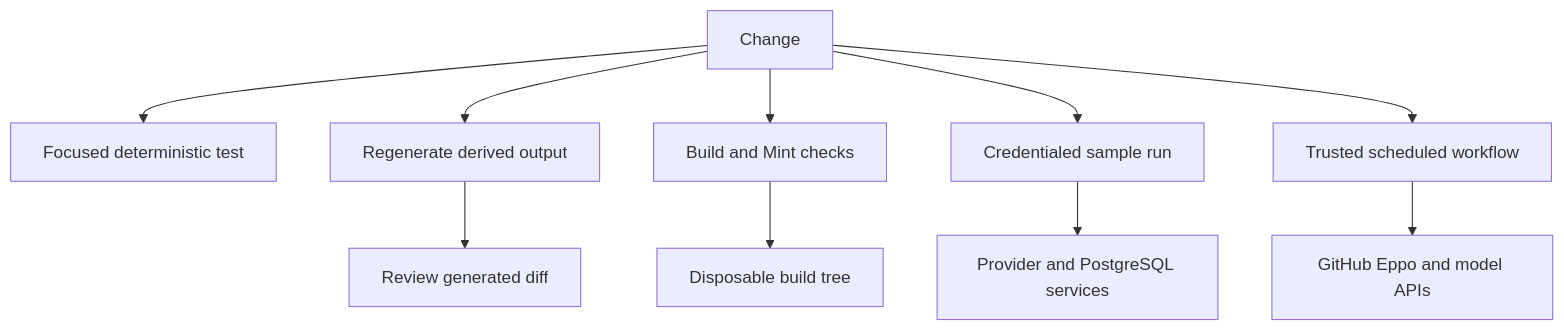
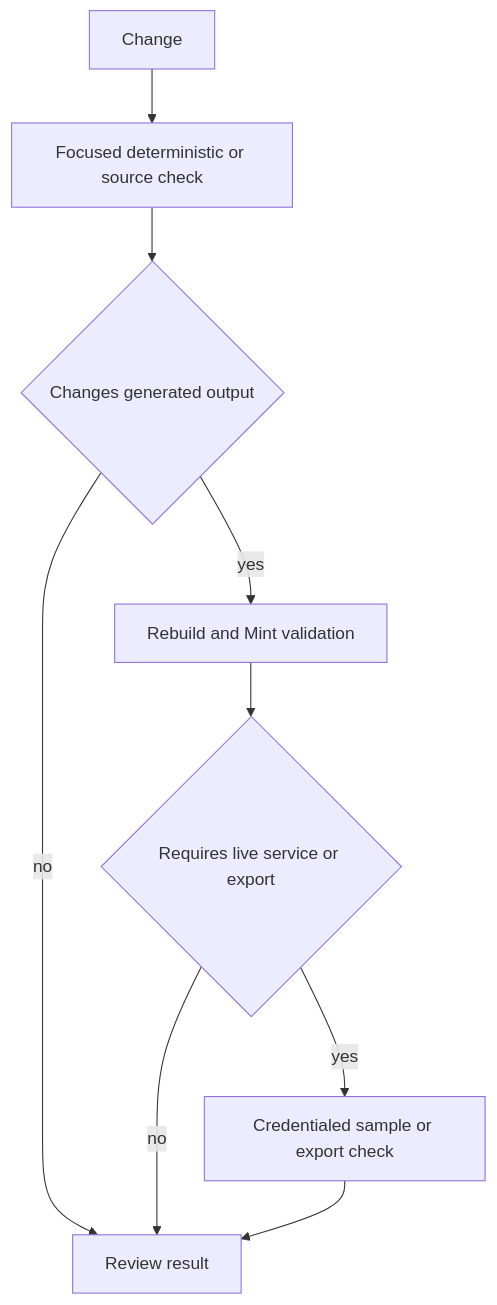
One commit to rishi-raj-jain/docs-1 changed the diagram in openwiki/testing/test-overview.md. Above: the diagram before and after it, drawn with Mermaid. The commit also changed other lines of this file and 33 other files, not shown here.

````diff
--- a/openwiki/testing/test-overview.md
+++ b/openwiki/testing/test-overview.md
@@ -39,12 +56,11 @@
 ```mermaid
 flowchart TD
-  Change["Change"] --> Unit["Focused deterministic test"]
-  Change --> Derived["Regenerate derived output"]
-  Derived --> Diff["Review generated diff"]
-  Change --> Docs["Build and Mint checks"]
-  Docs --> Build["Disposable build tree"]
-  Change --> Live["Credentialed sample run"]
-  Live --> Services["Provider and PostgreSQL services"]
-  Change --> Automation["Trusted scheduled workflow"]
-  Automation --> Remote["GitHub Eppo and model APIs"]
+  Change["Change"] --> Focused["Focused deterministic or source check"]
+  Focused --> Output{"Changes generated output"}
+  Output -->|"yes"| Build["Rebuild and Mint validation"]
+  Output -->|"no"| Done["Review result"]
+  Build --> Remote{"Requires live service or export"}
+  Remote -->|"yes"| Live["Credentialed sample or export check"]
+  Remote -->|"no"| Done
+  Live --> Done
 ```
````
